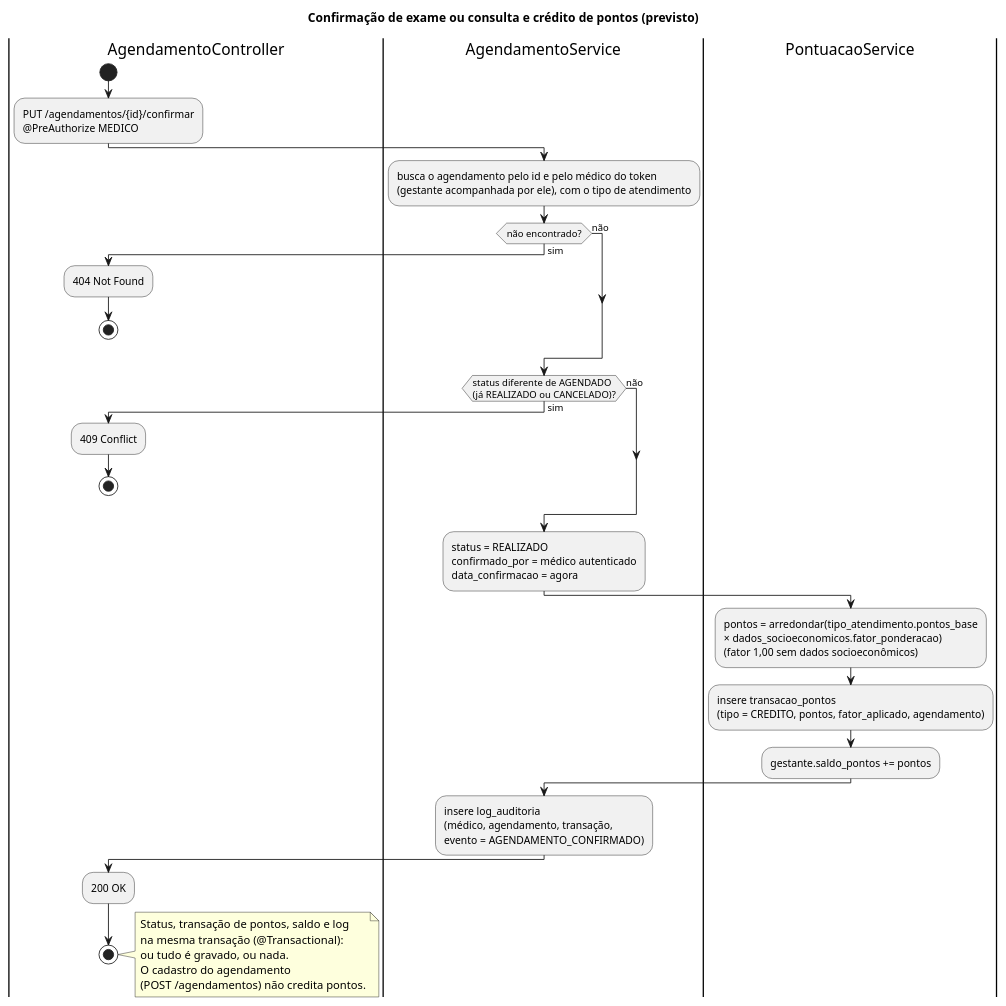
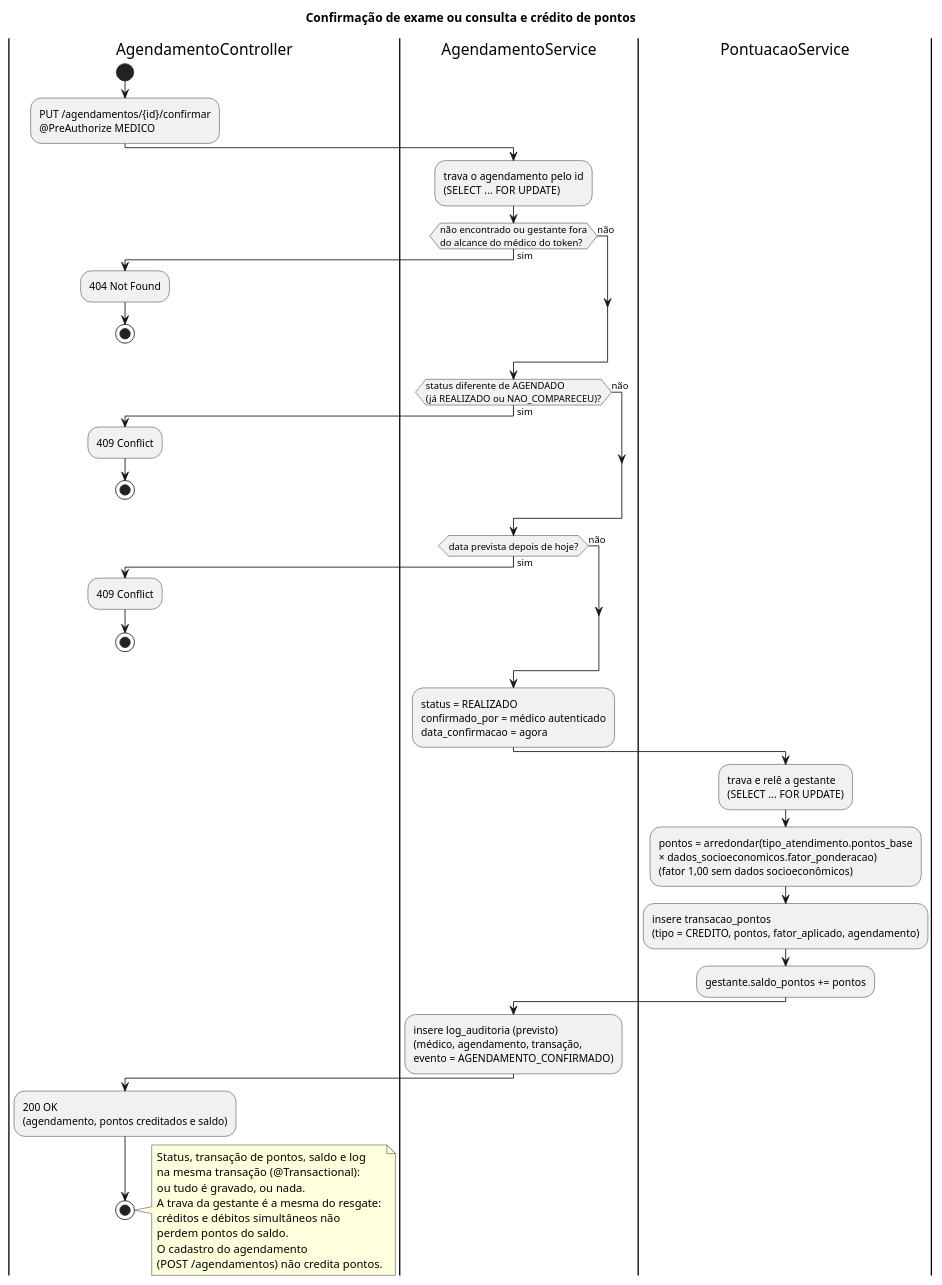
The diagram in docs/implementation-diagrams/confirmacao-pontos/confirmacao-pontos.puml (CozyShelf/previna-backend), drawn with PlantUML before and after one commit. The commit also changed 59 other files, not shown here.

```diff
--- a/docs/implementation-diagrams/confirmacao-pontos/confirmacao-pontos.puml
+++ b/docs/implementation-diagrams/confirmacao-pontos/confirmacao-pontos.puml
@@ -1,58 +1,73 @@
 @startuml confirmacao-pontos
-title Confirmação de exame ou consulta e crédito de pontos (previsto)
+title Confirmação de exame ou consulta e crédito de pontos
 
 |AgendamentoController|
 start
 :PUT /agendamentos/{id}/confirmar
 @PreAuthorize MEDICO;
 
 |AgendamentoService|
-:busca o agendamento pelo id e pelo médico do token
-(gestante acompanhada por ele), com o tipo de atendimento;
-if (não encontrado?) then (sim)
+:trava o agendamento pelo id
+(SELECT ... FOR UPDATE);
+if (não encontrado ou gestante fora
+do alcance do médico do token?) then (sim)
   |AgendamentoController|
   :404 Not Found;
   stop
 else (não)
 endif
 
 |AgendamentoService|
 if (status diferente de AGENDADO
-(já REALIZADO ou CANCELADO)?) then (sim)
+(já REALIZADO ou NAO_COMPARECEU)?) then (sim)
+  |AgendamentoController|
+  :409 Conflict;
+  stop
+else (não)
+endif
+
+|AgendamentoService|
+if (data prevista depois de hoje?) then (sim)
   |AgendamentoController|
   :409 Conflict;
   stop
 else (não)
 endif
 
 |AgendamentoService|
 :status = REALIZADO
 confirmado_por = médico autenticado
 data_confirmacao = agora;
 
 |PontuacaoService|
+:trava e relê a gestante
+(SELECT ... FOR UPDATE);
 :pontos = arredondar(tipo_atendimento.pontos_base
 × dados_socioeconomicos.fator_ponderacao)
 (fator 1,00 sem dados socioeconômicos);
 :insere transacao_pontos
 (tipo = CREDITO, pontos, fator_aplicado, agendamento);
 :gestante.saldo_pontos += pontos;
 
 |AgendamentoService|
-:insere log_auditoria
+:insere log_auditoria (previsto)
 (médico, agendamento, transação,
 evento = AGENDAMENTO_CONFIRMADO);
 
 |AgendamentoController|
-:200 OK;
+:200 OK
+(agendamento, pontos creditados e saldo);
 stop
 
 note right
   Status, transação de pontos, saldo e log
   na mesma transação (@Transactional):
   ou tudo é gravado, ou nada.
+  A trava da gestante é a mesma do resgate:
+  créditos e débitos simultâneos não
+  perdem pontos do saldo.
   O cadastro do agendamento
   (POST /agendamentos) não credita pontos.
 end note
 
 @enduml
```
